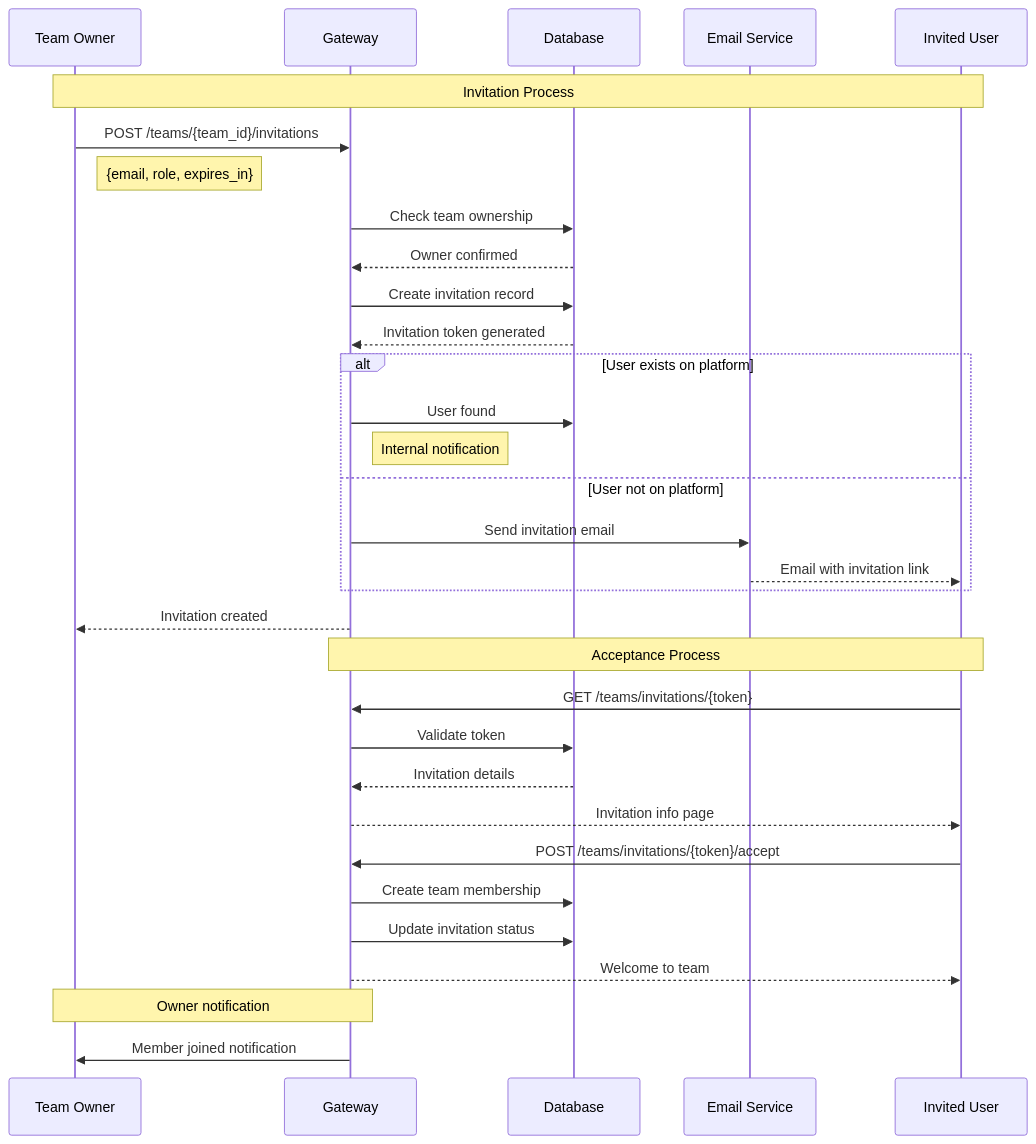
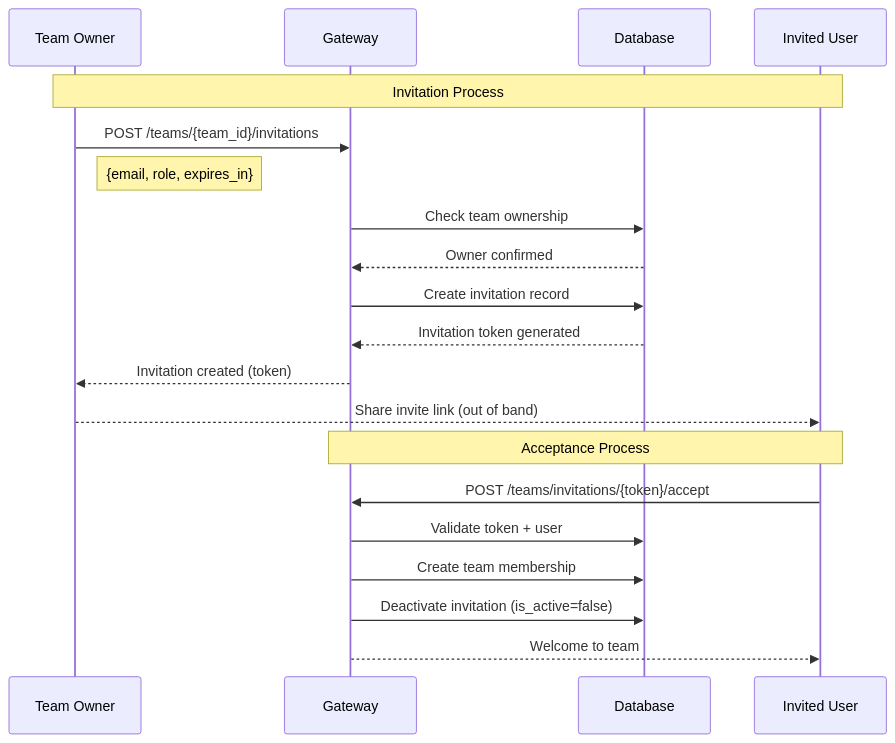
Before and after one commit to tedhabeck/mcp-context-forge: the fifth of 16 diagrams in docs/docs/architecture/multitenancy.md, drawn with Mermaid. The commit also changed other lines of this file and 147 other files, not shown here.

First line of the commit message:
docs: refresh docs formatting, links, and diagrams (#2624)

````diff
--- a/docs/docs/architecture/multitenancy.md
+++ b/docs/docs/architecture/multitenancy.md
@@ -208,42 +233,27 @@
 ```mermaid
 sequenceDiagram
     participant O as Team Owner
     participant G as Gateway
     participant DB as Database
-    participant E as Email Service
     participant I as Invited User
 
     Note over O,I: Invitation Process
     O->>G: POST /teams/{team_id}/invitations
     Note right of O: {email, role, expires_in}
 
     G->>DB: Check team ownership
     DB-->>G: Owner confirmed
 
     G->>DB: Create invitation record
     DB-->>G: Invitation token generated
 
-    alt User exists on platform
-        G->>DB: User found
-        Note right of G: Internal notification
-    else User not on platform
-        G->>E: Send invitation email
-        E-->>I: Email with invitation link
-    end
-
-    G-->>O: Invitation created
+    G-->>O: Invitation created (token)
+    O-->>I: Share invite link (out of band)
 
     Note over I,G: Acceptance Process
-    I->>G: GET /teams/invitations/{token}
-    G->>DB: Validate token
-    DB-->>G: Invitation details
-    G-->>I: Invitation info page
-
     I->>G: POST /teams/invitations/{token}/accept
+    G->>DB: Validate token + user
     G->>DB: Create team membership
-    G->>DB: Update invitation status
+    G->>DB: Deactivate invitation (is_active=false)
     G-->>I: Welcome to team
-
-    Note over O,G: Owner notification
-    G->>O: Member joined notification
 ```
````
